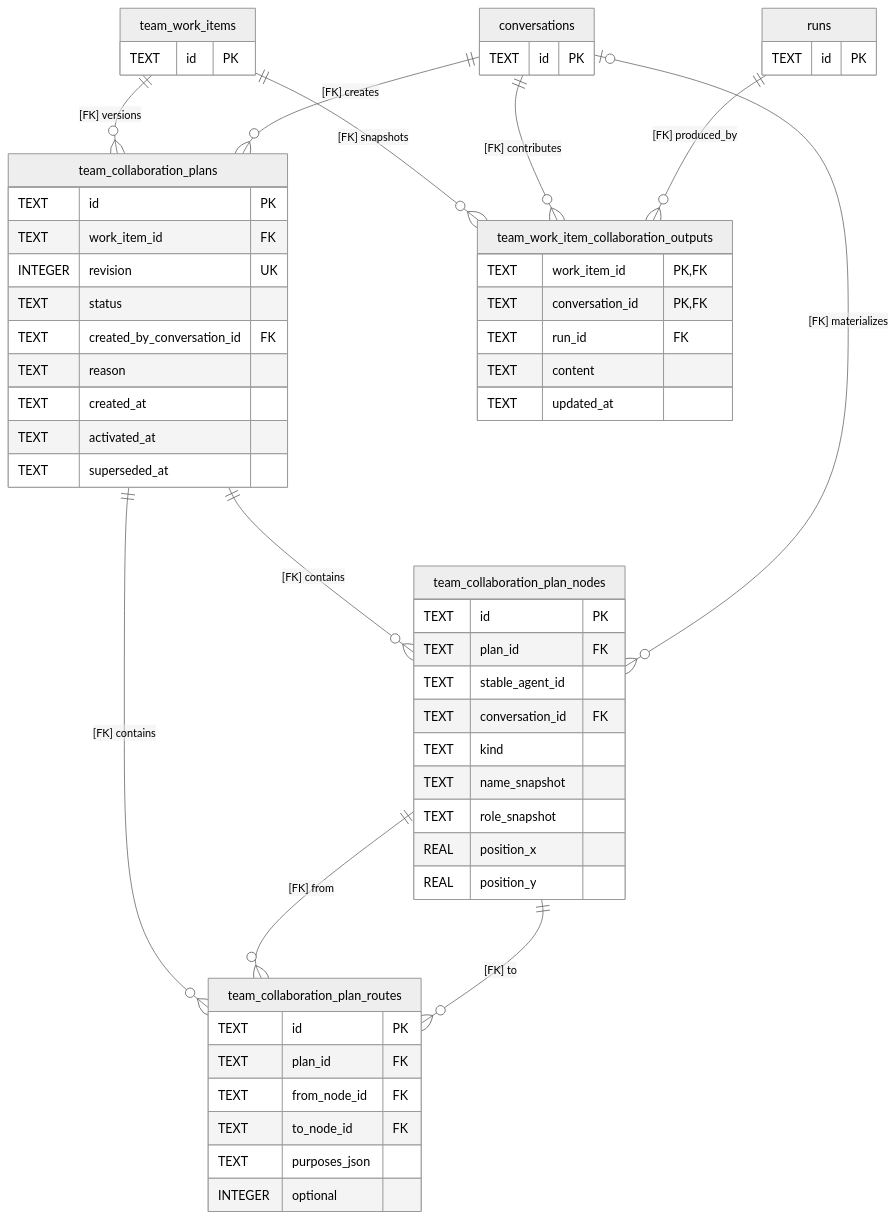
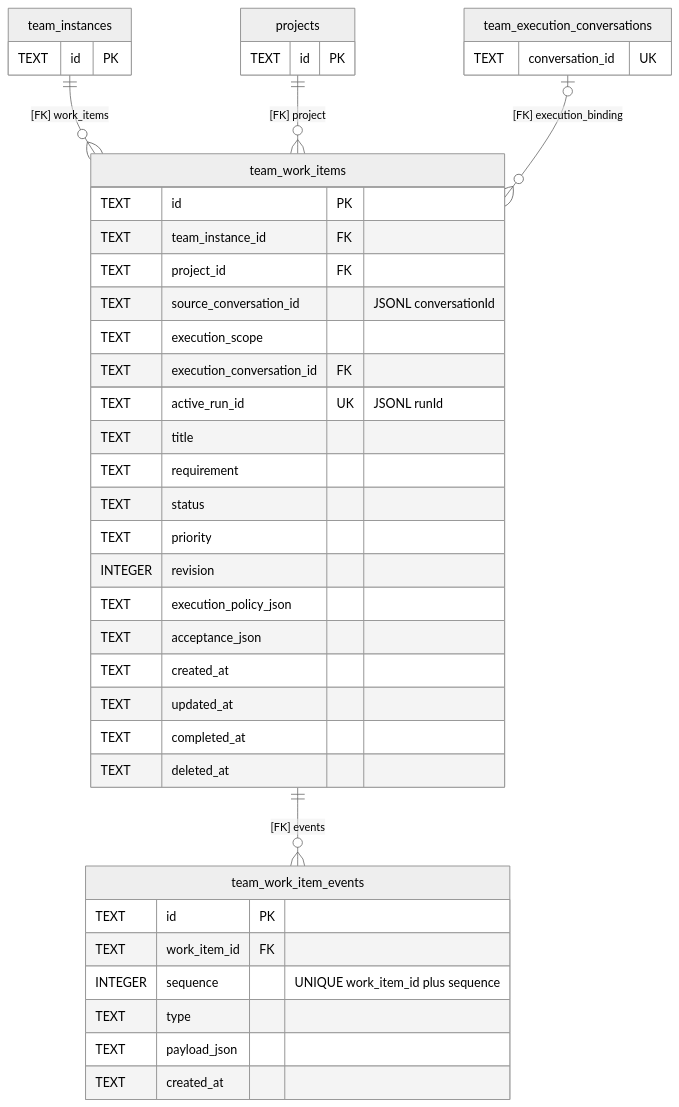
The second of 5 diagrams in doc/21-数据库实体关系图.md (GuoWWWX/aster-agent), drawn with Mermaid (neutral theme) before and after one commit. The commit also changed other lines of this file and 85 other files, not shown here.

````diff
--- a/doc/21-数据库实体关系图.md
+++ b/doc/21-数据库实体关系图.md
@@ -432,66 +127,49 @@
 ```mermaid
 erDiagram
-    conversations {
+    projects {
         TEXT id PK
     }
 
-    runs {
+    team_instances {
         TEXT id PK
+    }
+
+    team_execution_conversations {
+        TEXT conversation_id UK
     }
 
     team_work_items {
         TEXT id PK
+        TEXT team_instance_id FK
+        TEXT project_id FK
+        TEXT source_conversation_id "JSONL conversationId"
+        TEXT execution_scope
+        TEXT execution_conversation_id FK
+        TEXT active_run_id UK "JSONL runId"
+        TEXT title
+        TEXT requirement
+        TEXT status
+        TEXT priority
+        INTEGER revision
+        TEXT execution_policy_json
+        TEXT acceptance_json
+        TEXT created_at
+        TEXT updated_at
+        TEXT completed_at
+        TEXT deleted_at
     }
 
-    team_collaboration_plans {
+    team_work_item_events {
         TEXT id PK
         TEXT work_item_id FK
-        INTEGER revision UK
-        TEXT status
-        TEXT created_by_conversation_id FK
-        TEXT reason
+        INTEGER sequence "UNIQUE work_item_id plus sequence"
+        TEXT type
+        TEXT payload_json
         TEXT created_at
-        TEXT activated_at
-        TEXT superseded_at
     }
 
-    team_collaboration_plan_nodes {
-        TEXT id PK
-        TEXT plan_id FK
-        TEXT stable_agent_id
-        TEXT conversation_id FK
-        TEXT kind
-        TEXT name_snapshot
-        TEXT role_snapshot
-        REAL position_x
-        REAL position_y
-    }
-
-    team_collaboration_plan_routes {
-        TEXT id PK
-        TEXT plan_id FK
-        TEXT from_node_id FK
-        TEXT to_node_id FK
-        TEXT purposes_json
-        INTEGER optional
-    }
-
-    team_work_item_collaboration_outputs {
-        TEXT work_item_id PK,FK
-        TEXT conversation_id PK,FK
-        TEXT run_id FK
-        TEXT content
-        TEXT updated_at
-    }
-
-    team_work_items ||--o{ team_collaboration_plans : "[FK] versions"
-    conversations ||--o{ team_collaboration_plans : "[FK] creates"
-    team_collaboration_plans ||--o{ team_collaboration_plan_nodes : "[FK] contains"
-    conversations o|--o{ team_collaboration_plan_nodes : "[FK] materializes"
-    team_collaboration_plans ||--o{ team_collaboration_plan_routes : "[FK] contains"
-    team_collaboration_plan_nodes ||--o{ team_collaboration_plan_routes : "[FK] from"
-    team_collaboration_plan_nodes ||--o{ team_collaboration_plan_routes : "[FK] to"
-    team_work_items ||--o{ team_work_item_collaboration_outputs : "[FK] snapshots"
-    conversations ||--o{ team_work_item_collaboration_outputs : "[FK] contributes"
-    runs ||--o{ team_work_item_collaboration_outputs : "[FK] produced_by"
+    team_instances ||--o{ team_work_items : "[FK] work_items"
+    projects ||--o{ team_work_items : "[FK] project"
+    team_execution_conversations o|--o{ team_work_items : "[FK] execution_binding"
+    team_work_items ||--o{ team_work_item_events : "[FK] events"
 ```
````
